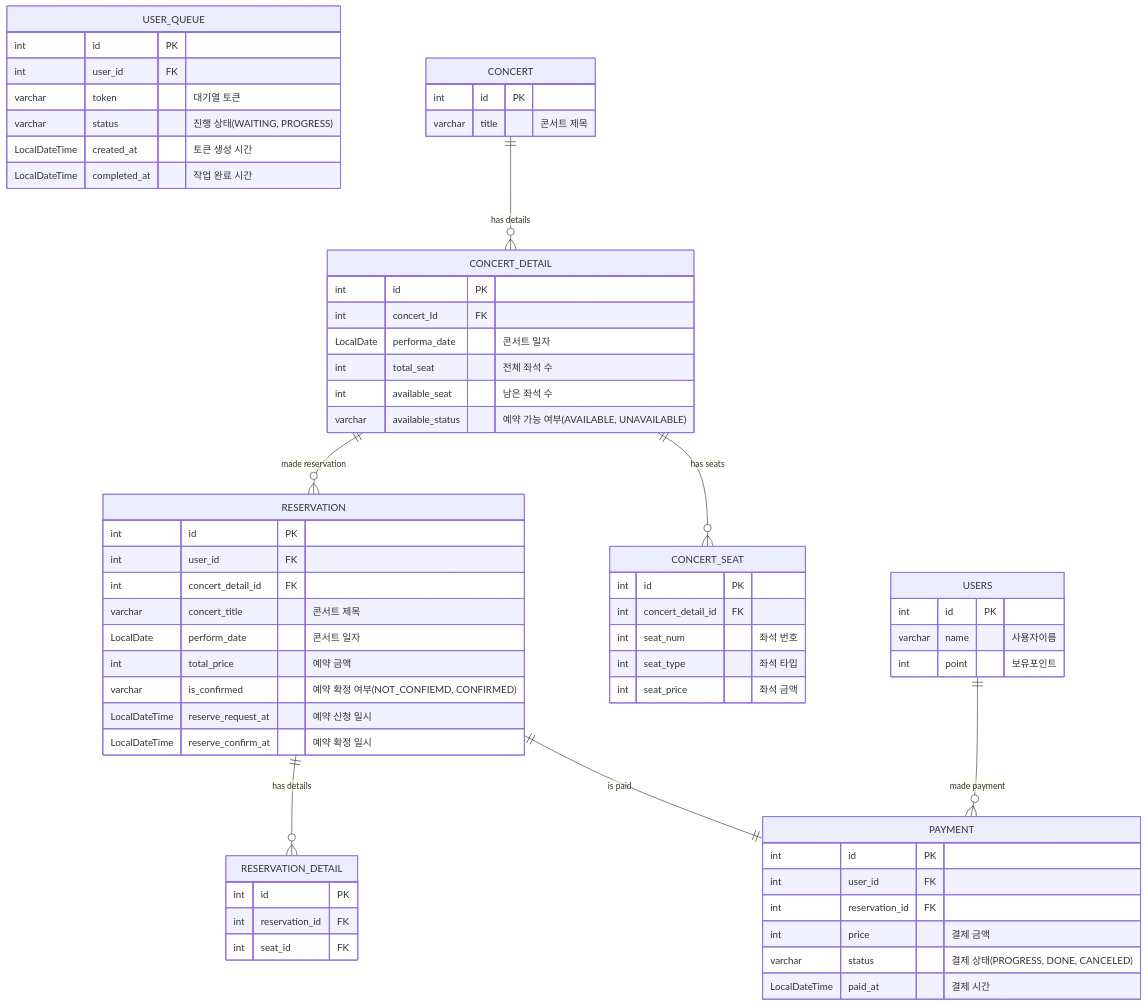
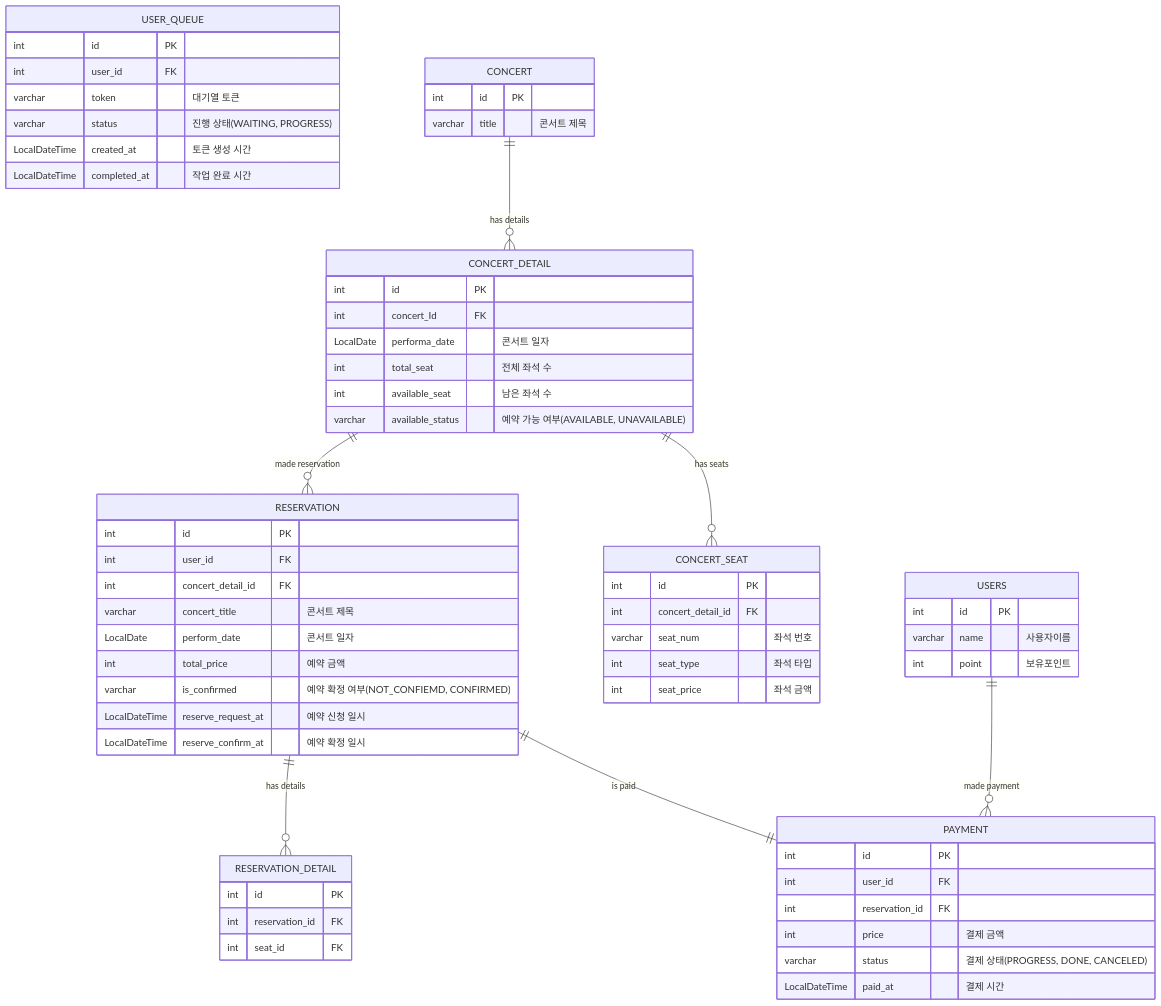
The diagram in reservation/doc/ERD.md (Lexyyaa/hhplus-reservation), drawn with Mermaid before and after one commit.

````diff
--- a/reservation/doc/ERD.md
+++ b/reservation/doc/ERD.md
@@ -4,73 +4,73 @@
 ```mermaid
 erDiagram
     USERS {
         int id PK
         varchar name "사용자이름"
         int point "보유포인트"
     }
 
     USER_QUEUE {
         int id PK 
         int user_id FK
         varchar token "대기열 토큰"
         varchar status "진행 상태(WAITING, PROGRESS)"
         LocalDateTime created_at "토큰 생성 시간"
         LocalDateTime completed_at "작업 완료 시간"
     }
 
     CONCERT {
         int id PK
         varchar title "콘서트 제목"
     }
 
     CONCERT_DETAIL {
         int id PK
         int concert_Id FK 
         LocalDate performa_date "콘서트 일자"
         int total_seat "전체 좌석 수"
         int available_seat "남은 좌석 수"
         varchar available_status "예약 가능 여부(AVAILABLE, UNAVAILABLE)"
     }
 
     CONCERT_SEAT {
         int id PK
         int concert_detail_id FK
-        int seat_num "좌석 번호"
+        varchar seat_num "좌석 번호"
         int seat_type "좌석 타입"
         int seat_price "좌석 금액"
     }
 
     RESERVATION {
         int id PK
         int user_id FK
         int concert_detail_id FK
         varchar concert_title "콘서트 제목"
         LocalDate perform_date "콘서트 일자"
         int total_price "예약 금액"
         varchar is_confirmed "예약 확정 여부(NOT_CONFIEMD, CONFIRMED)"
         LocalDateTime reserve_request_at "예약 신청 일시"
         LocalDateTime reserve_confirm_at "예약 확정 일시"
     }
 
     RESERVATION_DETAIL {
         int id PK
         int reservation_id FK
         int seat_id FK
     }
 
     PAYMENT {
         int id PK
         int user_id FK
         int reservation_id FK
         int price "결제 금액"
         varchar status "결제 상태(PROGRESS, DONE, CANCELED)"
         LocalDateTime paid_at "결제 시간"
     }
 
     RESERVATION ||--o{ RESERVATION_DETAIL: "has details"
     RESERVATION ||--|| PAYMENT: "is paid"
     USERS ||--o{ PAYMENT: "made payment"
     CONCERT ||--o{ CONCERT_DETAIL: "has details"
     CONCERT_DETAIL ||--o{ CONCERT_SEAT: "has seats"
     CONCERT_DETAIL ||--o{ RESERVATION: "made reservation"
 ```
````
